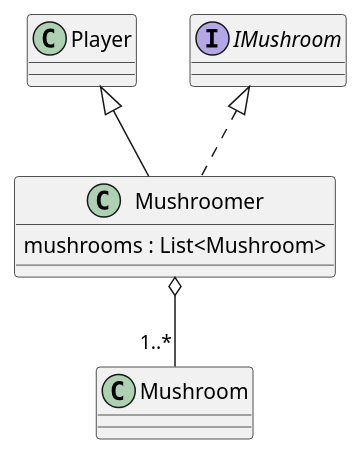
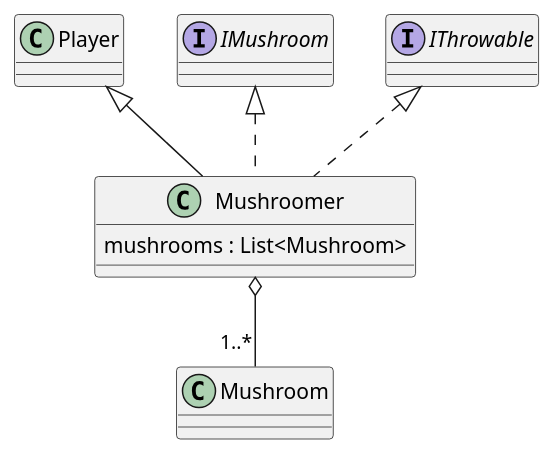
Before and after one commit to Petya-G/fungorium: the diagram in 4/classes/player/mushroomer.puml, drawn with PlantUML. The commit also changed 60 other files, not shown here.

```diff
--- a/4/classes/player/mushroomer.puml
+++ b/4/classes/player/mushroomer.puml
@@ -1,8 +1,8 @@
 @startuml mushroomer
 
 Mushroomer o-- "1..*" Mushroom
-class Mushroomer extends Player implements IMushroom{
+class Mushroomer extends Player implements IMushroom, IThrowable{
     mushrooms : List<Mushroom>
 }
 
 @enduml
```
